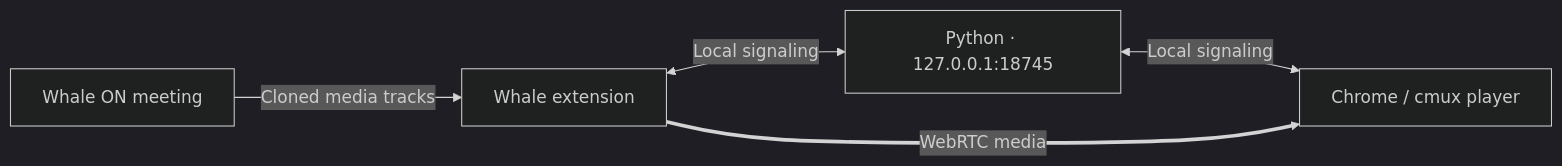
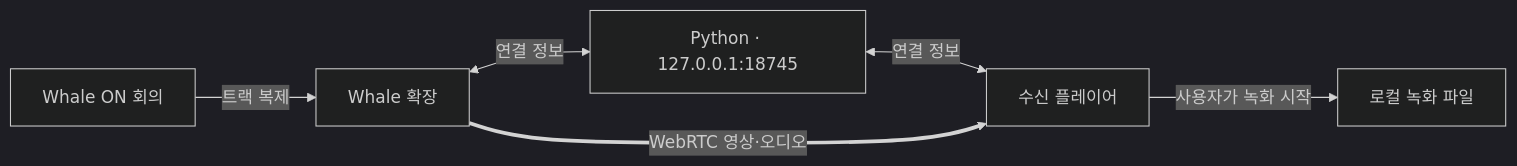
The diagram in README.md (snowflake-rider/meeting-relay), drawn with Mermaid (dark theme) before and after one commit. The commit also changed other lines of this file and 9 other files, not shown here.

````diff
--- a/README.md
+++ b/README.md
@@ -175,7 +206,8 @@
 ```mermaid
 flowchart LR
-    A[Whale ON meeting] -->|Cloned media tracks| B[Whale extension]
-    B <-->|Local signaling| C[Python · 127.0.0.1:18745]
-    C <-->|Local signaling| D[Chrome / cmux player]
-    B ==>|WebRTC media| D
+    A[Whale ON 회의] -->|트랙 복제| B[Whale 확장]
+    B <-->|연결 정보| C[Python · 127.0.0.1:18745]
+    C <-->|연결 정보| D[수신 플레이어]
+    B ==>|WebRTC 영상·오디오| D
+    D -->|사용자가 녹화 시작| E[로컬 녹화 파일]
 ```
````
